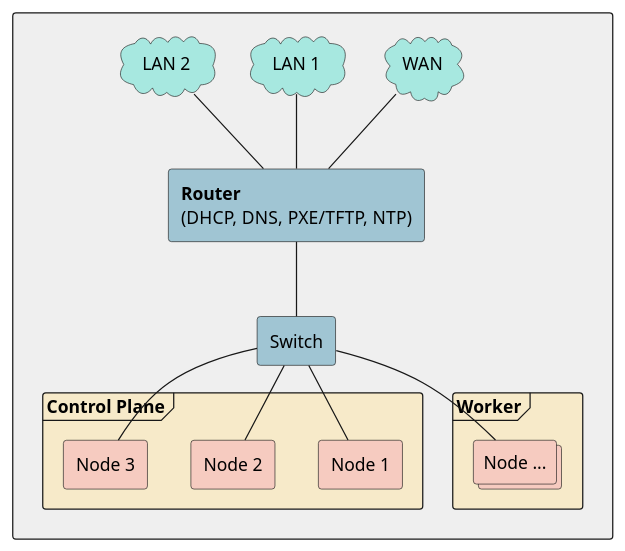
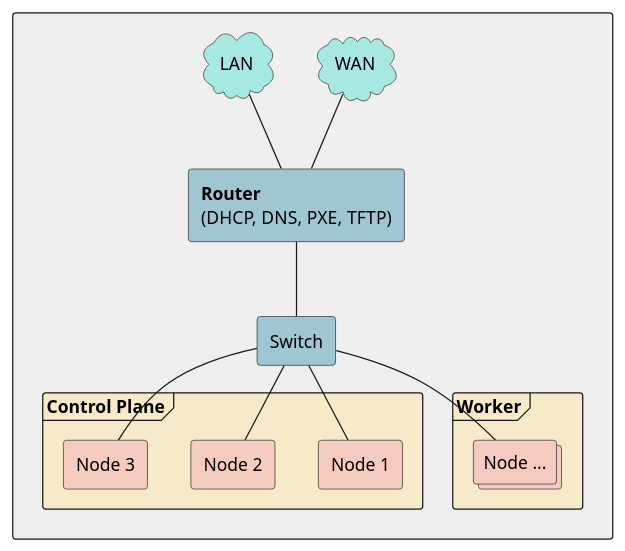
Before and after one commit to cloudkoffer/cloudkoffer.github.io: the diagram in docs/construction/img/concept-light.plantuml, drawn with PlantUML. The commit also changed 12 other files, not shown here.

```diff
--- a/docs/construction/img/concept-light.plantuml
+++ b/docs/construction/img/concept-light.plantuml
@@ -1,32 +1,30 @@
 @startuml concept-light
 skinparam BackGroundColor transparent
 
 rectangle #efefef {
   cloud WAN #A7E8E0
-  cloud lan_1 as "LAN 1" #A7E8E0
-  cloud lan_2 as "LAN 2" #A7E8E0
+  cloud LAN #A7E8E0
   agent router #A0C5D3 [
     <b>Router</b>
-    (DHCP, DNS, PXE/TFTP, NTP)
+    (DHCP, DNS, PXE, TFTP)
   ]
   agent switch as "Switch" #A0C5D3
   frame control_plane as "Control Plane" #F7EAC9 {
     agent "Node 1" as node_1 #F6CBC0
     agent "Node 2" as node_2 #F6CBC0
     agent "Node 3" as node_3 #F6CBC0
   }
   frame worker as "Worker" #F7EAC9 {
     collections "Node ..." as nodes #F6CBC0
   }
 
   WAN -- router
-  lan_1 -- router
-  lan_2 -- router
+  LAN -- router
   router -- switch
   switch -- node_1
   switch -- node_2
   switch -- node_3
   switch -- nodes
 }
 
 @enduml
```
